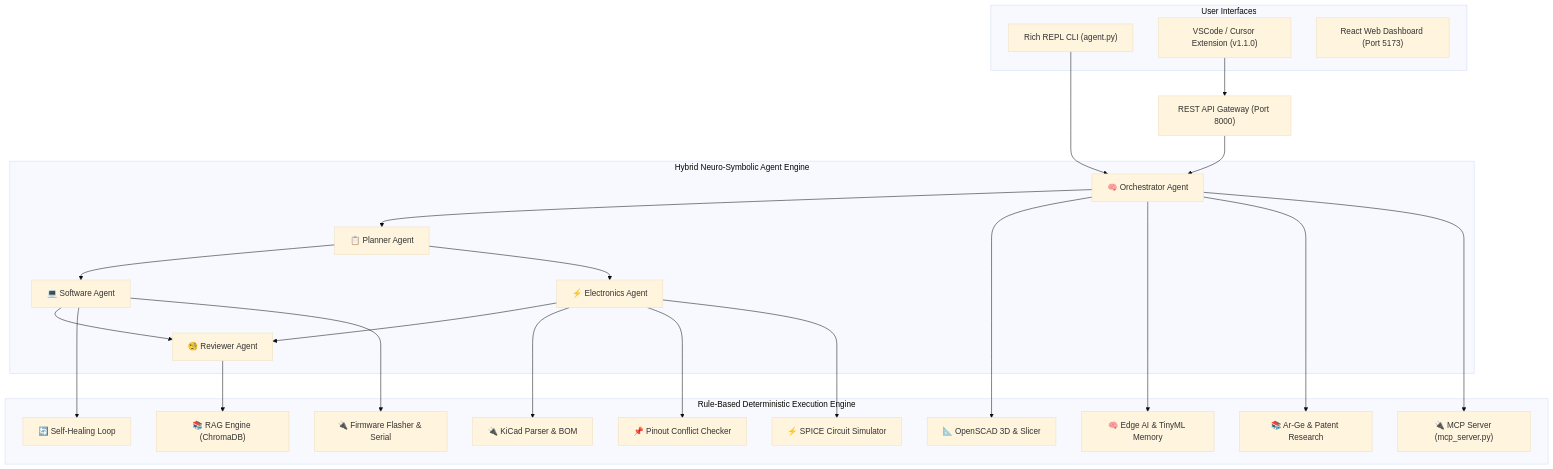
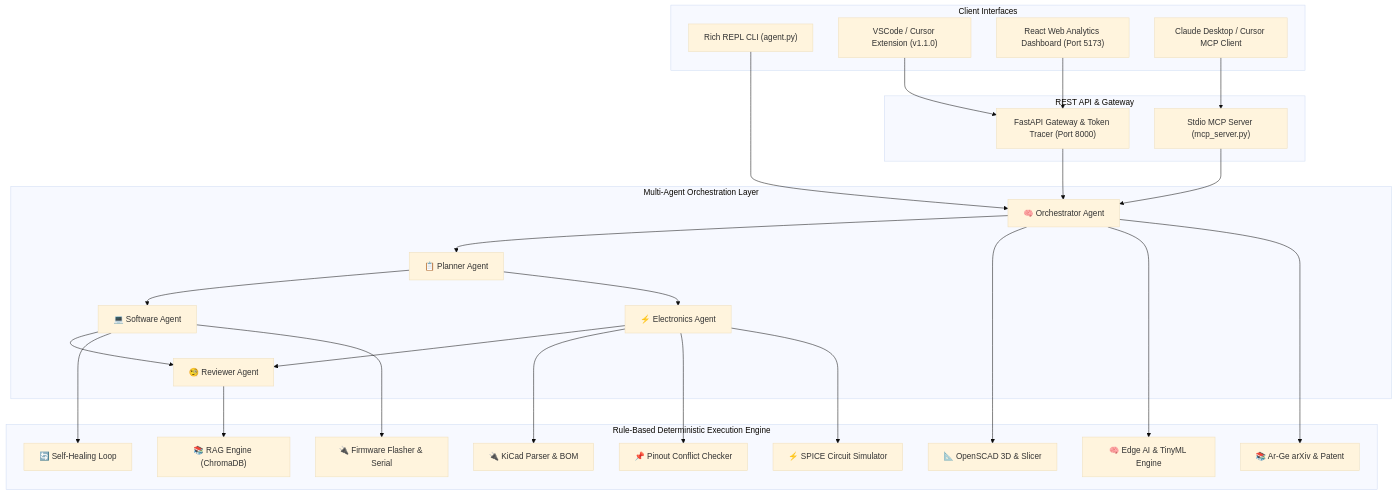
Before and after one commit to Alihanesentas/agent_system: the diagram in README.md, drawn with Mermaid (base theme). The commit also changed other lines of this file, not shown here.

Commit message:
docs: comprehensive overhaul of README.md with step-by-step setup guides for CLI, Web Dashboard, VSCode Extension, and MCP Server

````diff
--- a/README.md
+++ b/README.md
@@ -10,49 +50,57 @@
 ```mermaid
 graph TD
-    subgraph User Interfaces
+    subgraph Client Interfaces
         CLI["Rich REPL CLI (agent.py)"]
         VSC["VSCode / Cursor Extension (v1.1.0)"]
-        WEB["React Web Dashboard (Port 5173)"]
+        WEB["React Web Analytics Dashboard (Port 5173)"]
+        MCP_CLIENT["Claude Desktop / Cursor MCP Client"]
     end
 
-    subgraph Hybrid Neuro-Symbolic Agent Engine
+    subgraph REST API & Gateway
+        FASTAPI["FastAPI Gateway & Token Tracer (Port 8000)"]
+        MCP_SERVER["Stdio MCP Server (mcp_server.py)"]
+    end
+
+    subgraph Multi-Agent Orchestration Layer
         ORCH["🧠 Orchestrator Agent"]
         PLAN["📋 Planner Agent"]
         SW["💻 Software Agent"]
         HW["⚡ Electronics Agent"]
         REV["🧐 Reviewer Agent"]
     end
 
     subgraph Rule-Based Deterministic Execution Engine
         RAG["📚 RAG Engine (ChromaDB)"]
         KICAD["🔌 KiCad Parser & BOM"]
         HEAL["🔄 Self-Healing Loop"]
         SPICE["⚡ SPICE Circuit Simulator"]
         PIN["📌 Pinout Conflict Checker"]
         FLASH["🔌 Firmware Flasher & Serial"]
         CAD["📐 OpenSCAD 3D & Slicer"]
-        EDGE["🧠 Edge AI & TinyML Memory"]
-        RES["📚 Ar-Ge & Patent Research"]
-        MCP["🔌 MCP Server (mcp_server.py)"]
+        EDGE["🧠 Edge AI & TinyML Engine"]
+        RES["📚 Ar-Ge arXiv & Patent"]
     end
 
     CLI --> ORCH
-    VSC --> REST["REST API Gateway (Port 8000)"]
-    REST --> ORCH
+    VSC --> FASTAPI
+    WEB --> FASTAPI
+    MCP_CLIENT --> MCP_SERVER
+    FASTAPI --> ORCH
+    MCP_SERVER --> ORCH
+
     ORCH --> PLAN
     PLAN --> SW
     PLAN --> HW
     SW --> REV
     HW --> REV
 
     SW --> HEAL
     HW --> KICAD
     HW --> PIN
     HW --> SPICE
     SW --> FLASH
     REV --> RAG
     ORCH --> CAD
     ORCH --> EDGE
     ORCH --> RES
-    ORCH --> MCP
 ```
````
